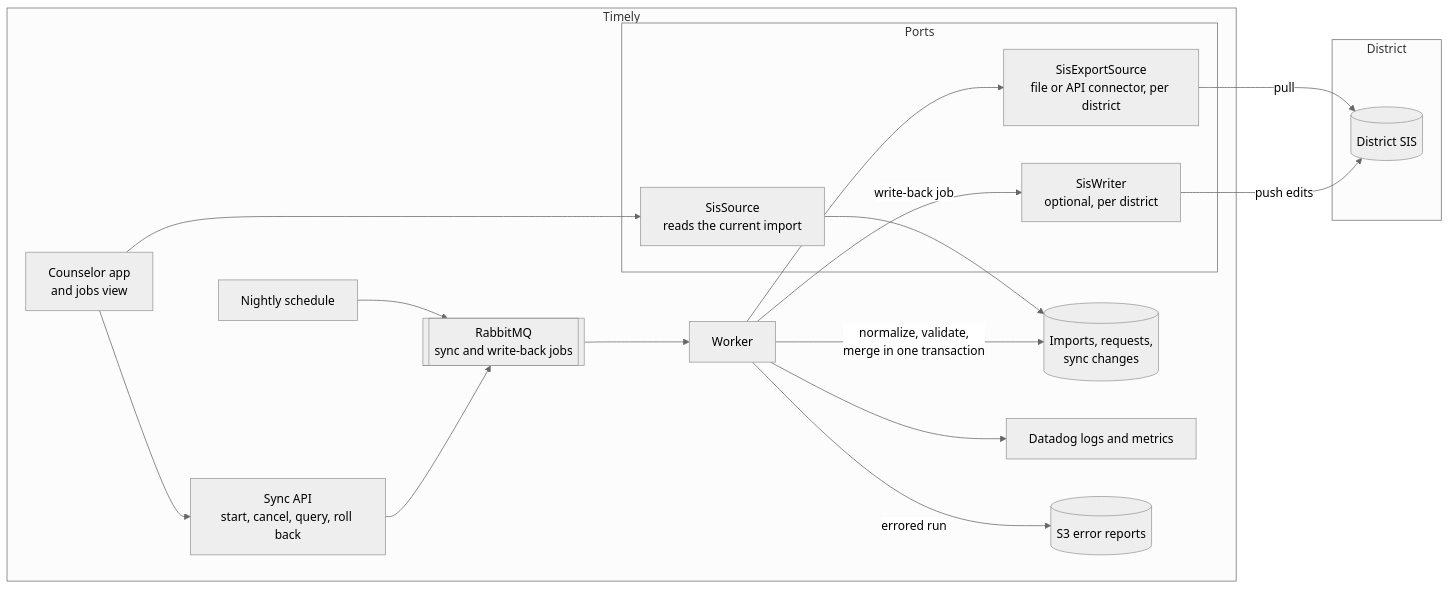
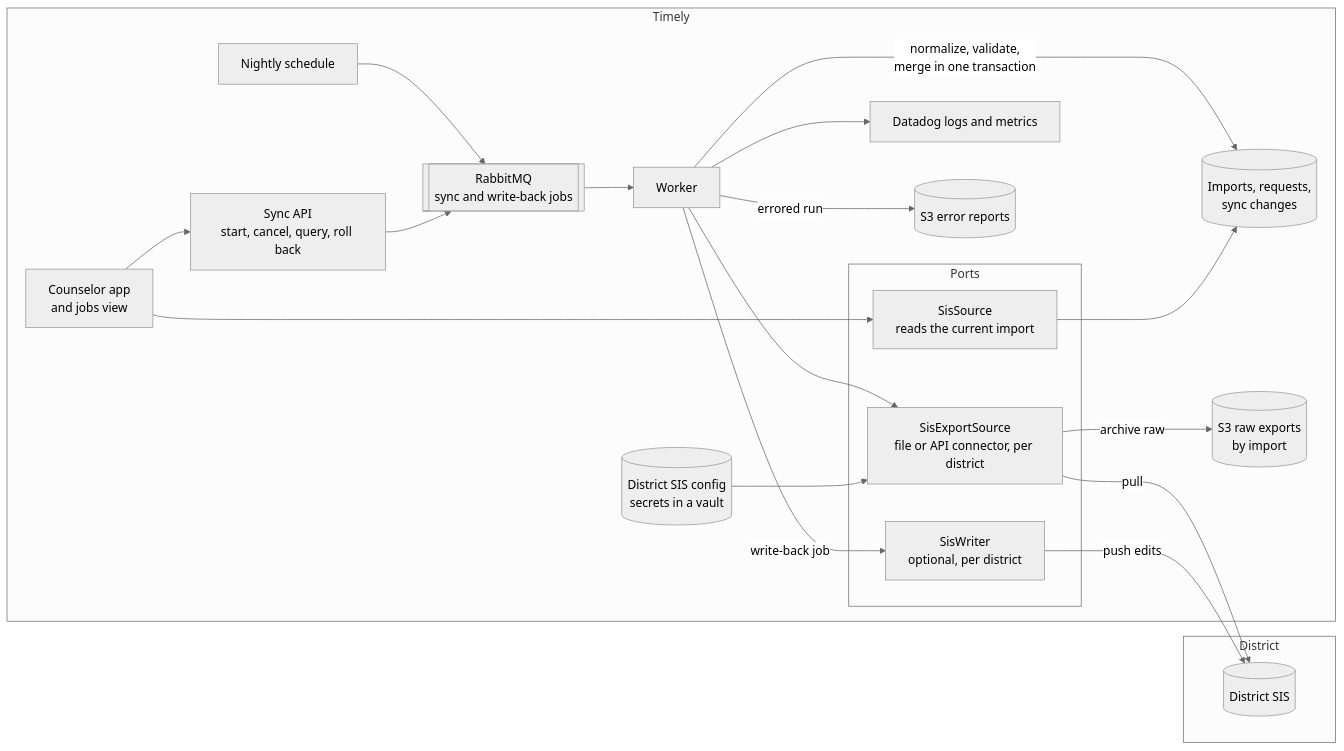
One commit to stephenmayer/CourseManager changed the first of 2 diagrams in docs/sis-sync-design.md. Above: the diagram before and after it, drawn with Mermaid (neutral theme). The commit also changed other lines of this file, not shown here.

First line of the commit message:
docs(sis): SIS connection config, adapter layers, and import versioning

````diff
--- a/docs/sis-sync-design.md
+++ b/docs/sis-sync-design.md
@@ -81,34 +82,38 @@
 ```mermaid
 flowchart LR
     subgraph District
         SIS[(District SIS)]
     end
     subgraph Timely
         API[Sync API<br/>start, cancel, query, roll back]
         Sched[Nightly schedule]
         Q[[RabbitMQ<br/>sync and write-back jobs]]
         W[Worker]
         subgraph Ports
             EX[SisExportSource<br/>file or API connector, per district]
             SS[SisSource<br/>reads the current import]
             WB[SisWriter<br/>optional, per district]
         end
+        CFG[(District SIS config<br/>secrets in a vault)]
         DB[(Imports, requests,<br/>sync changes)]
+        RAW[(S3 raw exports<br/>by import)]
         UI[Counselor app<br/>and jobs view]
         DD[Datadog logs and metrics]
         S3[(S3 error reports)]
     end
     Sched --> Q
     API --> Q
     Q --> W
     W --> EX
+    CFG --> EX
     EX -->|pull| SIS
+    EX -->|archive raw| RAW
     W -->|"normalize, validate,<br/>merge in one transaction"| DB
     W --> DD
     W -->|errored run| S3
     SS --> DB
     UI --> SS
     UI --> API
     W -->|write-back job| WB
     WB -->|push edits| SIS
 ```
````
